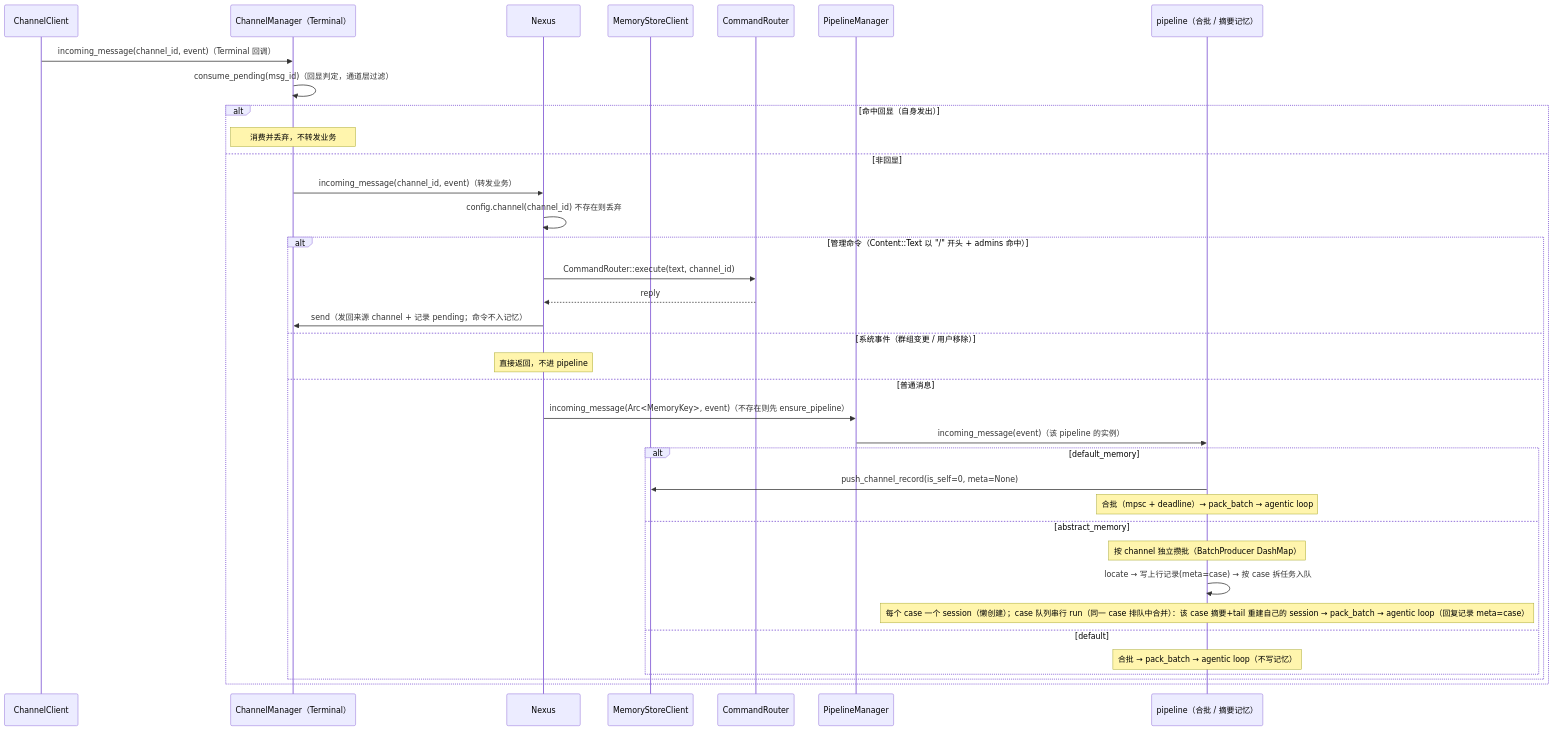
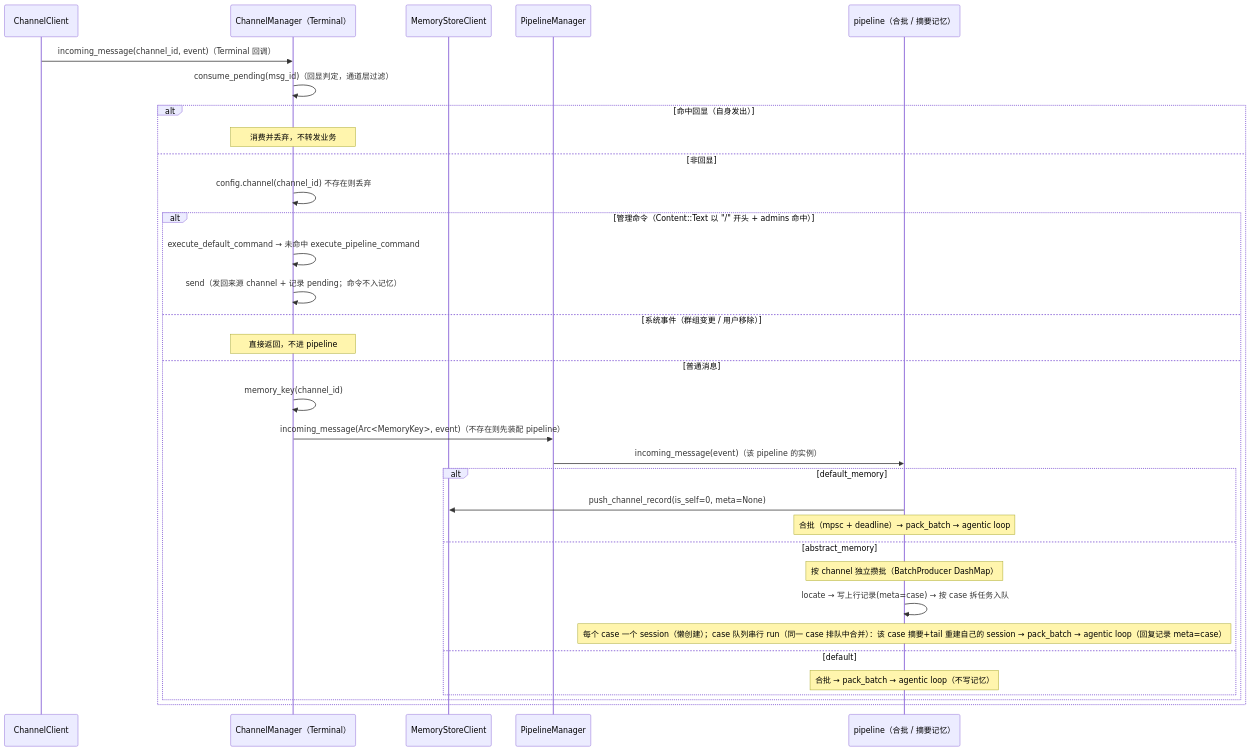
One commit to coldcloude/kissbot changed the third of 5 diagrams in docs/spec/agent-modules.md. Above: the diagram before and after it, drawn with Mermaid. The commit also changed other lines of this file and 8 other files, not shown here.

First line of the commit message:
消息入口内联到 ChannelManager，去掉 CommandRouter 与 Nexus 的消息处理

````diff
--- a/docs/spec/agent-modules.md
+++ b/docs/spec/agent-modules.md
@@ -138,39 +132,36 @@
 ```mermaid
 sequenceDiagram
     participant CC as ChannelClient
     participant CHM as ChannelManager（Terminal）
-    participant CO as Nexus
     participant MSC as MemoryStoreClient
-    participant CRT as CommandRouter
     participant PLS as PipelineManager
     participant IP as pipeline（合批 / 摘要记忆）
 
     CC->>CHM: incoming_message(channel_id, event)（Terminal 回调）
     CHM->>CHM: consume_pending(msg_id)（回显判定，通道层过滤）
     alt 命中回显（自身发出）
         Note over CHM: 消费并丢弃，不转发业务
     else 非回显
-        CHM->>CO: incoming_message(channel_id, event)（转发业务）
-        CO->>CO: config.channel(channel_id) 不存在则丢弃
+        CHM->>CHM: config.channel(channel_id) 不存在则丢弃
         alt 管理命令（Content::Text 以 "/" 开头 + admins 命中）
-            CO->>CRT: CommandRouter::execute(text, channel_id)
-            CRT-->>CO: reply
-            CO->>CHM: send（发回来源 channel + 记录 pending；命令不入记忆）
+            CHM->>CHM: execute_default_command → 未命中 execute_pipeline_command
+            CHM->>CHM: send（发回来源 channel + 记录 pending；命令不入记忆）
         else 系统事件（群组变更 / 用户移除）
-            Note over CO: 直接返回，不进 pipeline
+            Note over CHM: 直接返回，不进 pipeline
         else 普通消息
-            CO->>PLS: incoming_message(Arc<MemoryKey>, event)（不存在则先 ensure_pipeline）
+            CHM->>CHM: memory_key(channel_id)
+            CHM->>PLS: incoming_message(Arc<MemoryKey>, event)（不存在则先装配 pipeline）
             PLS->>IP: incoming_message(event)（该 pipeline 的实例）
             alt default_memory
                 IP->>MSC: push_channel_record(is_self=0, meta=None)
                 Note over IP: 合批（mpsc + deadline）→ pack_batch → agentic loop
             else abstract_memory
                 Note over IP: 按 channel 独立攒批（BatchProducer DashMap）
                 IP->>IP: locate → 写上行记录(meta=case) → 按 case 拆任务入队
                 Note over IP: 每个 case 一个 session（懒创建）；case 队列串行 run（同一 case 排队中合并）：该 case 摘要+tail 重建自己的 session → pack_batch → agentic loop（回复记录 meta=case）
             else default
                 Note over IP: 合批 → pack_batch → agentic loop（不写记忆）
             end
         end
     end
 ```
````
